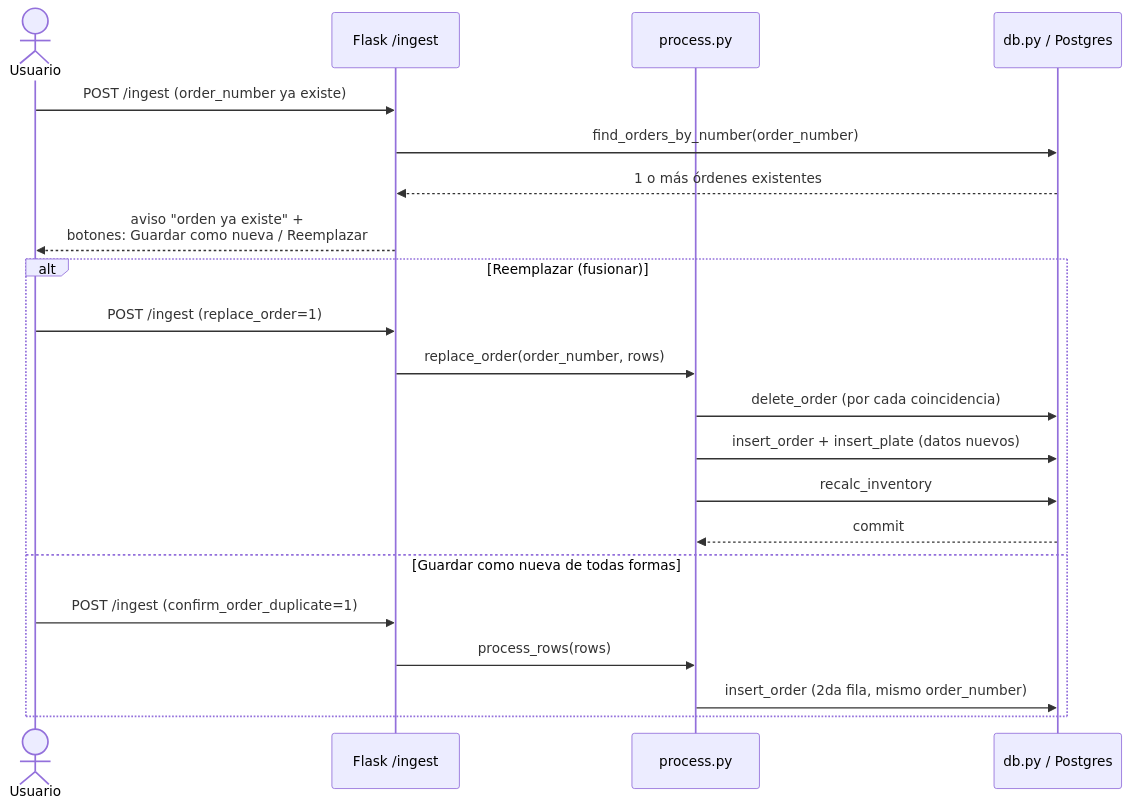
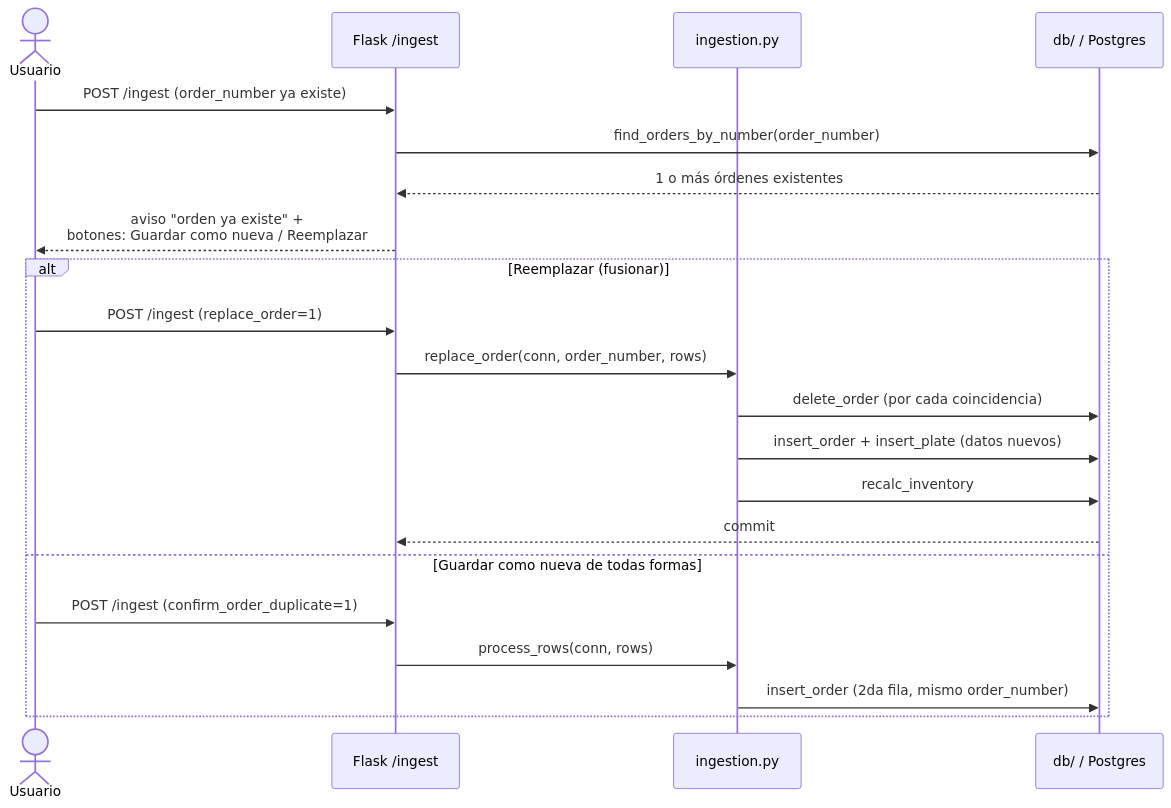
One commit to nickkmm/plates changed the second of 2 diagrams in docs/WEB.md. Above: the diagram before and after it, drawn with Mermaid. The commit also changed other lines of this file and 6 other files, not shown here.

````diff
--- a/docs/WEB.md
+++ b/docs/WEB.md
@@ -100,24 +108,24 @@
 ```mermaid
 sequenceDiagram
     actor U as Usuario
     participant I as Flask /ingest
-    participant P as process.py
-    participant DB as db.py / Postgres
+    participant I2 as ingestion.py
+    participant DB as db/ / Postgres
 
     U->>I: POST /ingest (order_number ya existe)
     I->>DB: find_orders_by_number(order_number)
     DB-->>I: 1 o más órdenes existentes
     I-->>U: aviso "orden ya existe" +<br/>botones: Guardar como nueva / Reemplazar
     alt Reemplazar (fusionar)
         U->>I: POST /ingest (replace_order=1)
-        I->>P: replace_order(order_number, rows)
-        P->>DB: delete_order (por cada coincidencia)
-        P->>DB: insert_order + insert_plate (datos nuevos)
-        P->>DB: recalc_inventory
-        DB-->>P: commit
+        I->>I2: replace_order(conn, order_number, rows)
+        I2->>DB: delete_order (por cada coincidencia)
+        I2->>DB: insert_order + insert_plate (datos nuevos)
+        I2->>DB: recalc_inventory
+        DB-->>I: commit
     else Guardar como nueva de todas formas
         U->>I: POST /ingest (confirm_order_duplicate=1)
-        I->>P: process_rows(rows)
-        P->>DB: insert_order (2da fila, mismo order_number)
+        I->>I2: process_rows(conn, rows)
+        I2->>DB: insert_order (2da fila, mismo order_number)
     end
 ```
````
